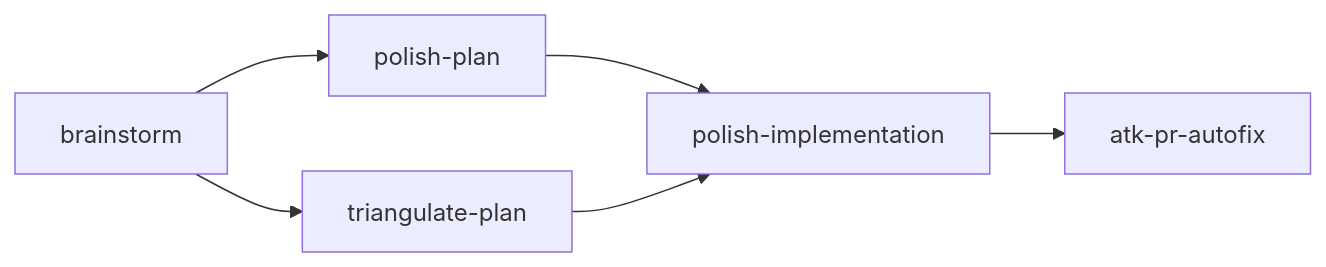
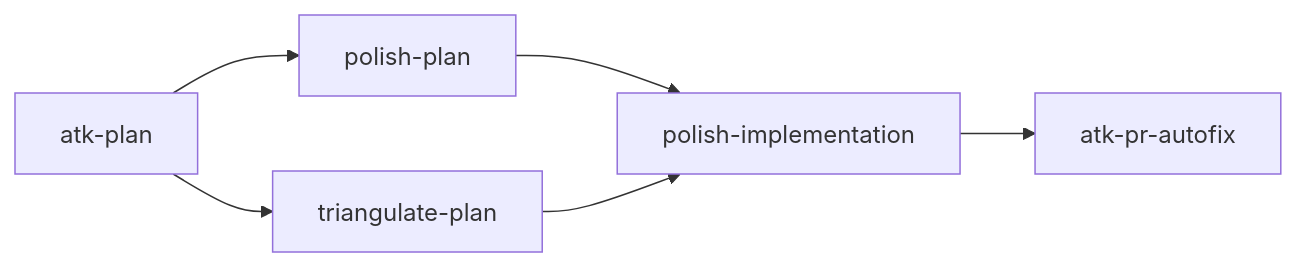
Before and after one commit to rstacruz/agentic-toolkit: the diagram in docs/skills.md, drawn with Mermaid. The commit also changed other lines of this file and 6 other files, not shown here.

Commit message:
`refactor: rename turbo-brainstorm to atk-plan skill`

````diff
--- a/docs/skills.md
+++ b/docs/skills.md
@@ -5,8 +5,8 @@
 ```mermaid
 graph LR
-  brainstorm --> polish_plan["polish-plan"]
-  brainstorm --> triangulate_plan["triangulate-plan"]
+  atk_plan["atk-plan"] --> polish_plan["polish-plan"]
+  atk_plan["atk-plan"] --> triangulate_plan["triangulate-plan"]
   polish_plan --> polish_implementation["polish-implementation"]
   triangulate_plan --> polish_implementation
   polish_implementation --> atk_pr_autofix["atk-pr-autofix"]
 ```
````
